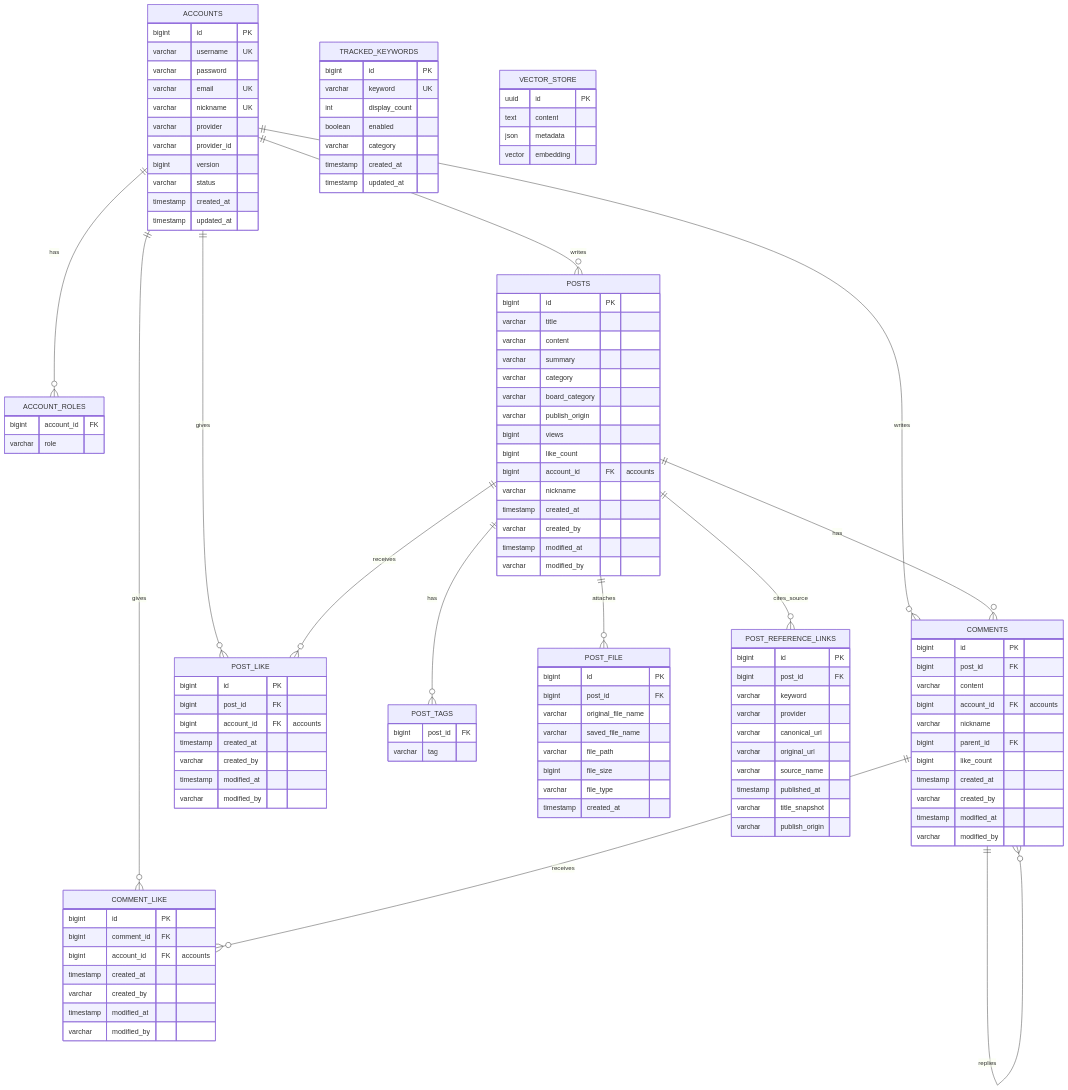
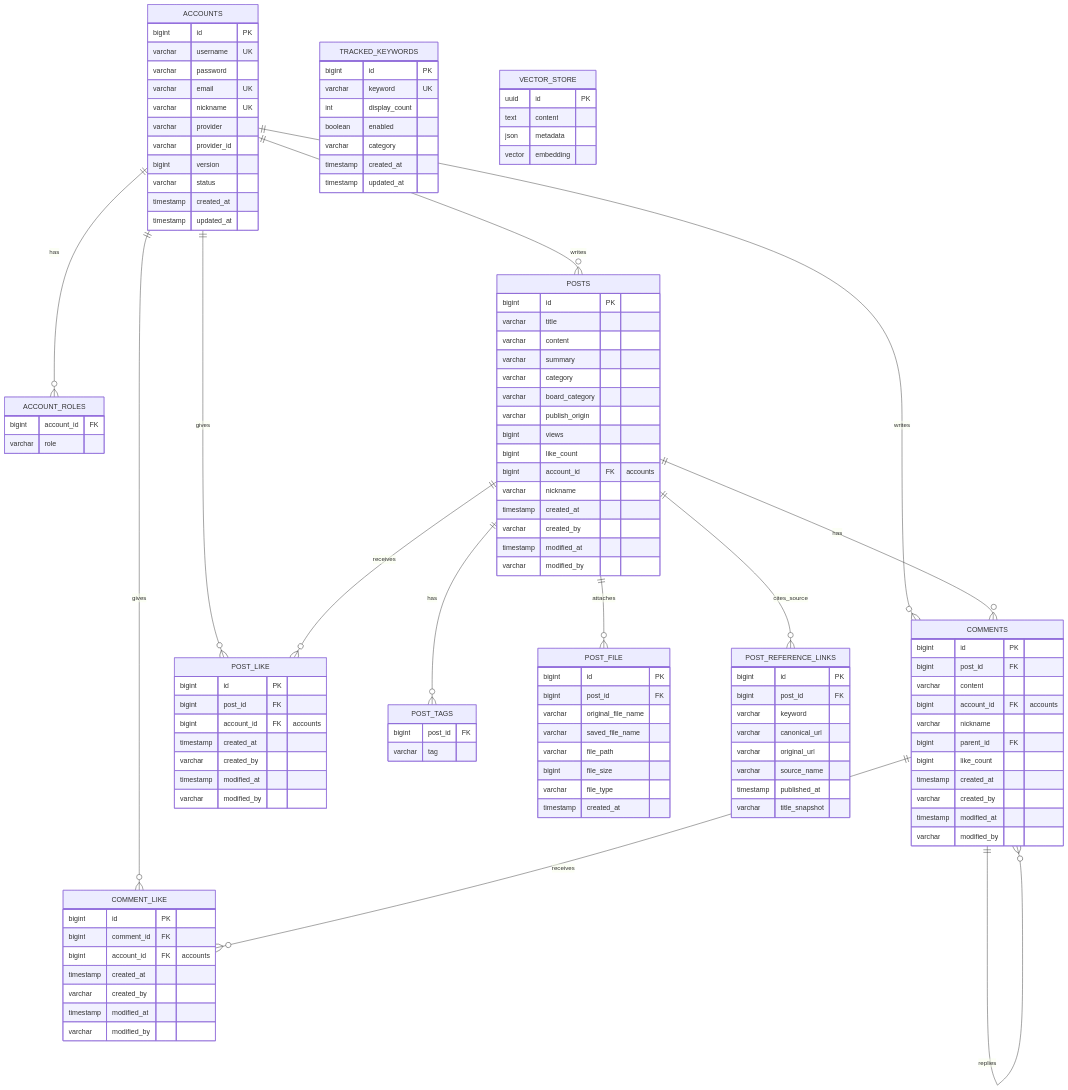
The diagram in docs/database/postforge-mvp-erd.md (Rat2Race/post-forge), drawn with Mermaid before and after one commit. The commit also changed other lines of this file and 74 other files, not shown here.

```diff
--- a/docs/database/postforge-mvp-erd.md
+++ b/docs/database/postforge-mvp-erd.md
@@ -114,13 +114,11 @@
         bigint id PK
         bigint post_id FK
         varchar keyword
-        varchar provider
         varchar canonical_url
         varchar original_url
         varchar source_name
         timestamp published_at
         varchar title_snapshot
-        varchar publish_origin
     }
 
     TRACKED_KEYWORDS {
```
